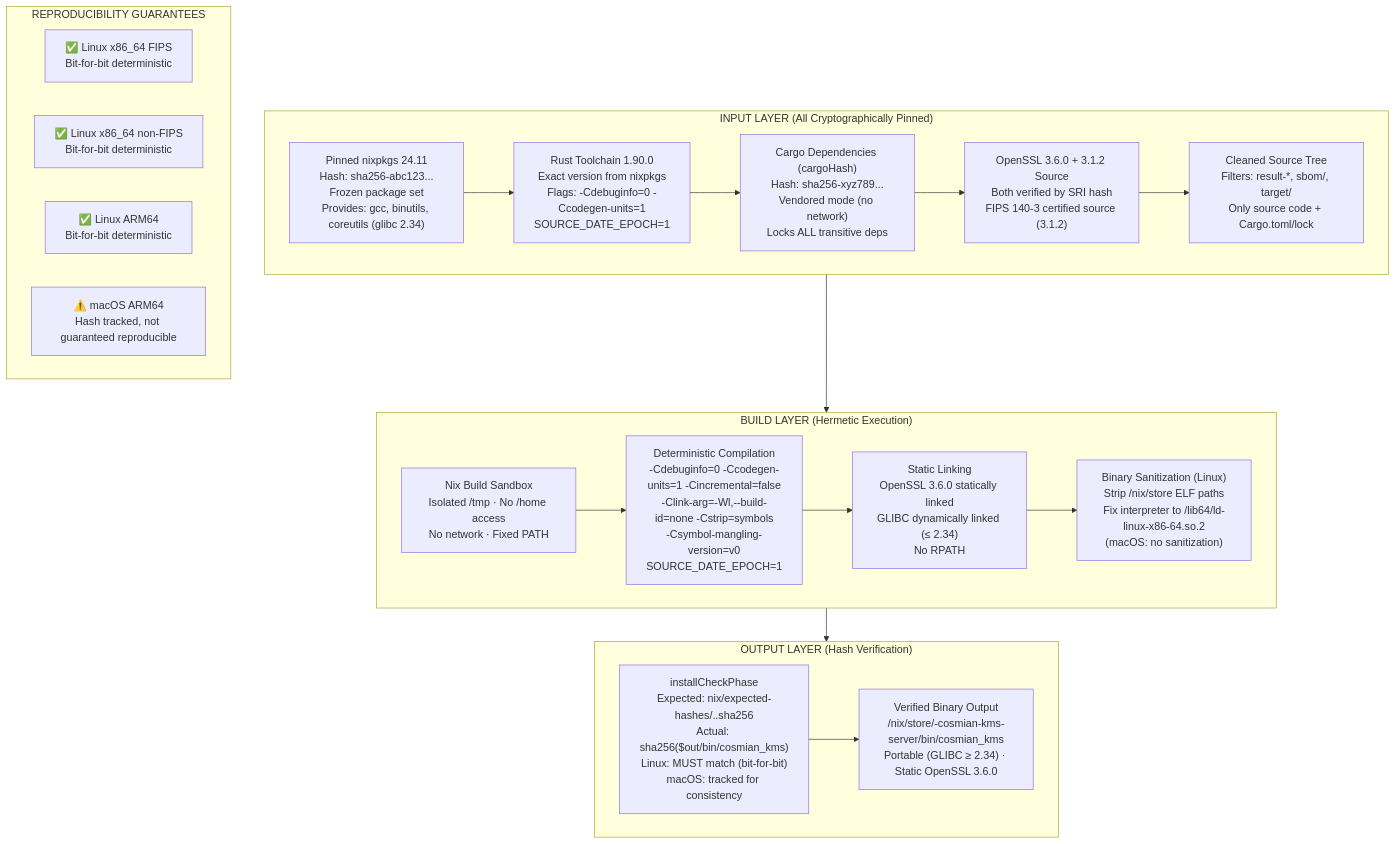
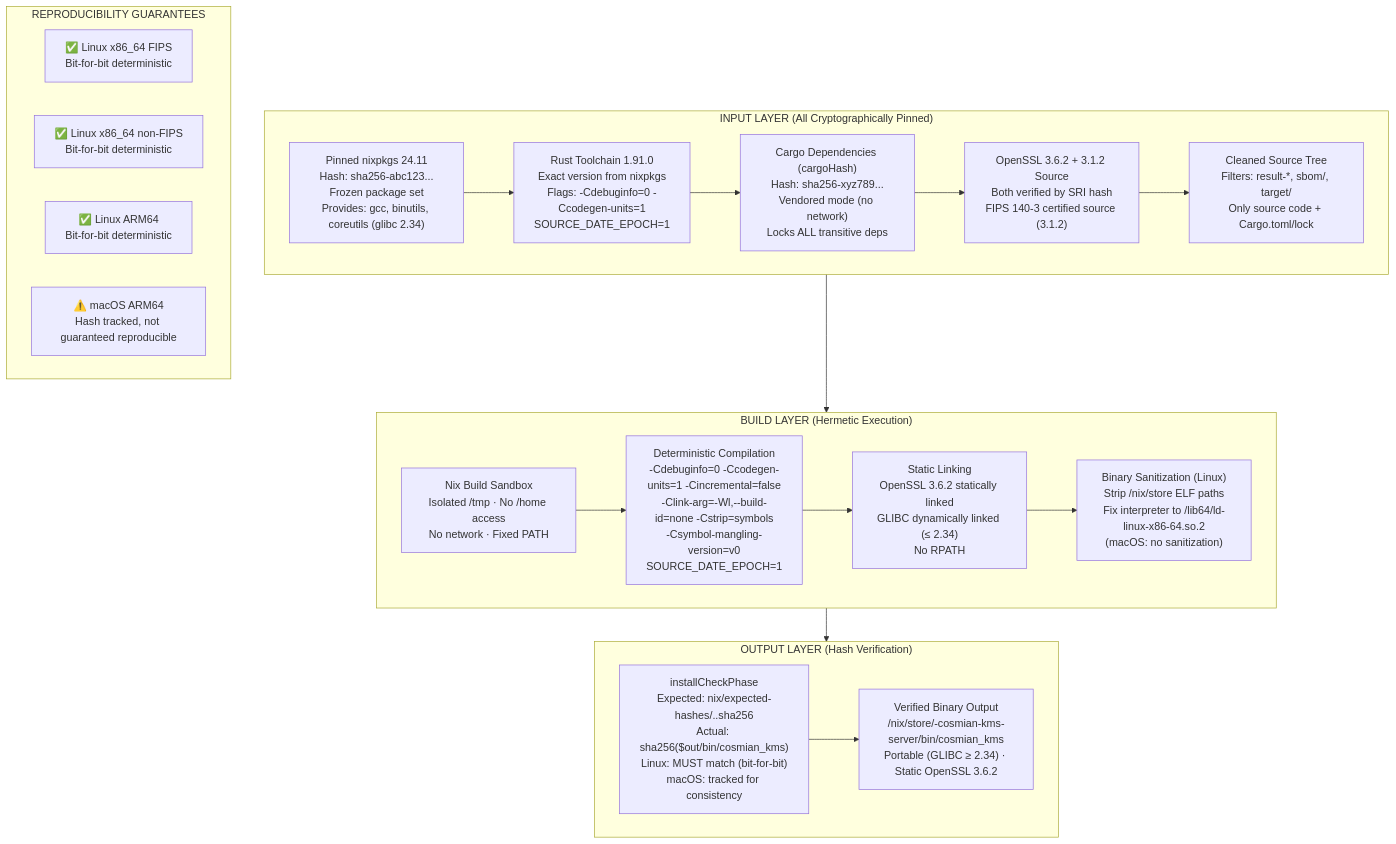
One commit to Cosmian/kms changed the second of 10 diagrams in nix/README.md. Above: the diagram before and after it, drawn with Mermaid. The commit also changed other lines of this file and 52 other files, not shown here.

````diff
--- a/nix/README.md
+++ b/nix/README.md
@@ -263,31 +263,31 @@
 ```mermaid
 flowchart TB
     subgraph inputs["INPUT LAYER (All Cryptographically Pinned)"]
         nixpkgs["Pinned nixpkgs 24.11<br/>Hash: sha256-abc123...<br/>Frozen package set<br/>Provides: gcc, binutils, coreutils (glibc 2.34)"]
-        rust_tc["Rust Toolchain 1.90.0<br/>Exact version from nixpkgs<br/>Flags: -Cdebuginfo=0 -Ccodegen-units=1<br/>SOURCE_DATE_EPOCH=1"]
+        rust_tc["Rust Toolchain 1.91.0<br/>Exact version from nixpkgs<br/>Flags: -Cdebuginfo=0 -Ccodegen-units=1<br/>SOURCE_DATE_EPOCH=1"]
         cargo_hash["Cargo Dependencies (cargoHash)<br/>Hash: sha256-xyz789...<br/>Vendored mode (no network)<br/>Locks ALL transitive deps"]
-        openssl_src["OpenSSL 3.6.0 + 3.1.2 Source<br/>Both verified by SRI hash<br/>FIPS 140-3 certified source (3.1.2)"]
+        openssl_src["OpenSSL 3.6.2 + 3.1.2 Source<br/>Both verified by SRI hash<br/>FIPS 140-3 certified source (3.1.2)"]
         clean_src["Cleaned Source Tree<br/>Filters: result-*, sbom/, target/<br/>Only source code + Cargo.toml/lock"]
         nixpkgs --> rust_tc --> cargo_hash --> openssl_src --> clean_src
     end
     subgraph build["BUILD LAYER (Hermetic Execution)"]
         sandbox["Nix Build Sandbox<br/>Isolated /tmp · No /home access<br/>No network · Fixed PATH"]
         det_comp["Deterministic Compilation<br/>-Cdebuginfo=0 -Ccodegen-units=1 -Cincremental=false<br/>-Clink-arg=-Wl,--build-id=none -Cstrip=symbols<br/>-Csymbol-mangling-version=v0<br/>SOURCE_DATE_EPOCH=1"]
-        static_link["Static Linking<br/>OpenSSL 3.6.0 statically linked<br/>GLIBC dynamically linked (≤ 2.34)<br/>No RPATH"]
+        static_link["Static Linking<br/>OpenSSL 3.6.2 statically linked<br/>GLIBC dynamically linked (≤ 2.34)<br/>No RPATH"]
         sanitize["Binary Sanitization (Linux)<br/>Strip /nix/store ELF paths<br/>Fix interpreter to /lib64/ld-linux-x86-64.so.2<br/>(macOS: no sanitization)"]
         sandbox --> det_comp --> static_link --> sanitize
     end
     subgraph output["OUTPUT LAYER (Hash Verification)"]
         check_phase["installCheckPhase<br/>Expected: nix/expected-hashes/<variant>.<system>.sha256<br/>Actual: sha256($out/bin/cosmian_kms)<br/>Linux: MUST match (bit-for-bit)<br/>macOS: tracked for consistency"]
-        verified["Verified Binary Output<br/>/nix/store/<hash>-cosmian-kms-server/bin/cosmian_kms<br/>Portable (GLIBC ≥ 2.34) · Static OpenSSL 3.6.0"]
+        verified["Verified Binary Output<br/>/nix/store/<hash>-cosmian-kms-server/bin/cosmian_kms<br/>Portable (GLIBC ≥ 2.34) · Static OpenSSL 3.6.2"]
         check_phase --> verified
     end
     inputs --> build --> output
 
     subgraph guarantees["REPRODUCIBILITY GUARANTEES"]
         linux_fips["✅ Linux x86_64 FIPS<br/>Bit-for-bit deterministic"]
         linux_nf["✅ Linux x86_64 non-FIPS<br/>Bit-for-bit deterministic"]
         linux_arm["✅ Linux ARM64<br/>Bit-for-bit deterministic"]
         macos["⚠️ macOS ARM64<br/>Hash tracked, not guaranteed reproducible"]
     end
 ```
````
